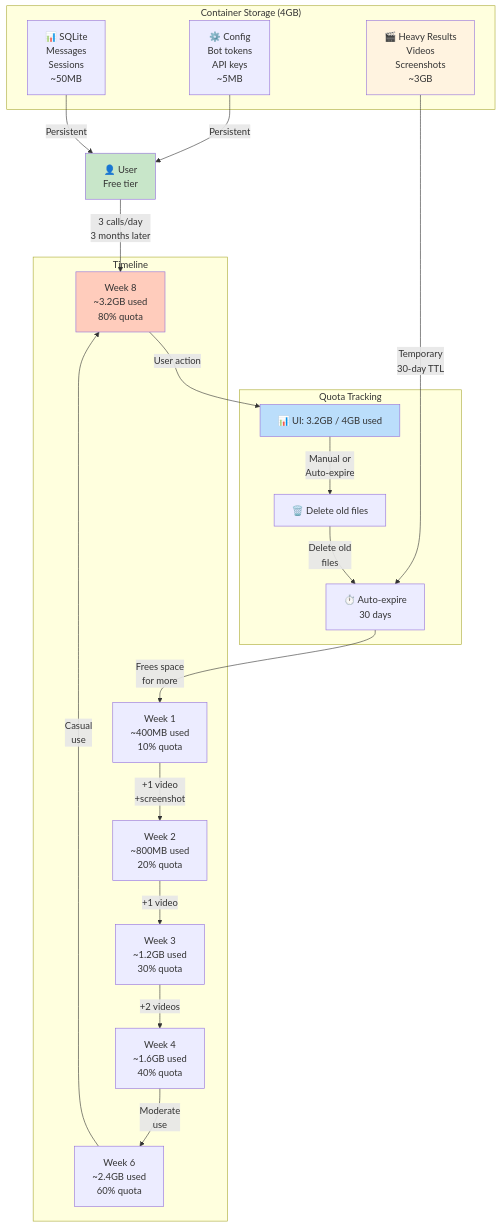
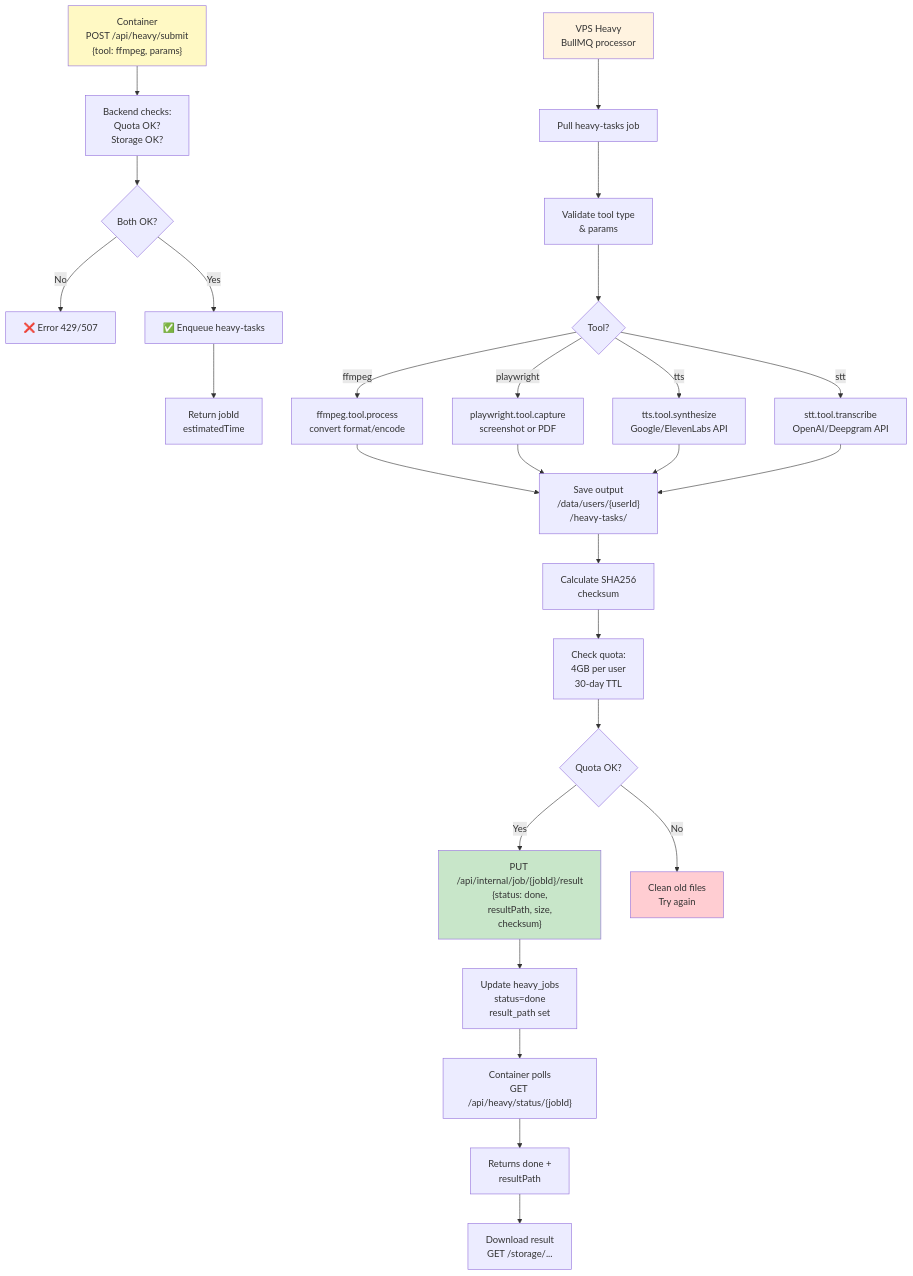
The fifth of 14 diagrams in ARCHITECTURE_DIAGRAMS.md (mankhb2k/claw-dashboard), drawn with Mermaid before and after one commit. The commit also changed other lines of this file and 30 other files, not shown here.

Commit message:
add vps-worker and vps-heavy

````diff
--- a/ARCHITECTURE_DIAGRAMS.md
+++ b/ARCHITECTURE_DIAGRAMS.md
@@ -241,47 +202,47 @@
 ```mermaid
-graph TB
-    User["👤 User<br/>Free tier"]
+flowchart TD
+    A["Container<br/>POST /api/heavy/submit<br/>{tool: ffmpeg, params}"] --> B["Backend checks:<br/>Quota OK?<br/>Storage OK?"]
     
-    subgraph "Container Storage (4GB)"
-        SQLite["📊 SQLite<br/>Messages<br/>Sessions<br/>~50MB"]
-        Config["⚙️ Config<br/>Bot tokens<br/>API keys<br/>~5MB"]
-        HeavyResults["🎬 Heavy Results<br/>Videos<br/>Screenshots<br/>~3GB"]
-    end
+    B --> C{Both OK?}
+    C -->|No| D["❌ Error 429/507"]
+    C -->|Yes| E["✅ Enqueue heavy-tasks"]
     
-    subgraph "Quota Tracking"
-        QuotaUI["📊 UI: 3.2GB / 4GB used"]
-        DeleteBtn["🗑️ Delete old files"]
-        Storage["⏱️ Auto-expire<br/>30 days"]
-    end
+    E --> F["Return jobId<br/>estimatedTime"]
     
-    subgraph "Timeline"
-        Week1["Week 1<br/>~400MB used<br/>10% quota"]
-        Week2["Week 2<br/>~800MB used<br/>20% quota"]
-        Week3["Week 3<br/>~1.2GB used<br/>30% quota"]
-        Week4["Week 4<br/>~1.6GB used<br/>40% quota"]
-        Week6["Week 6<br/>~2.4GB used<br/>60% quota"]
-        Week8["Week 8<br/>~3.2GB used<br/>80% quota"]
-    end
+    G["VPS Heavy<br/>BullMQ processor"] --> H["Pull heavy-tasks job"]
+    H --> I["Validate tool type<br/>& params"]
     
-    User -->|3 calls/day<br/>3 months later| Week8
+    I --> J{Tool?}
     
-    Week1 -->|+1 video<br/>+screenshot| Week2
-    Week2 -->|+1 video| Week3
-    Week3 -->|+2 videos| Week4
-    Week4 -->|Moderate<br/>use| Week6
-    Week6 -->|Casual<br/>use| Week8
+    J -->|ffmpeg| K["ffmpeg.tool.process<br/>convert format/encode"]
+    J -->|playwright| L["playwright.tool.capture<br/>screenshot or PDF"]
+    J -->|tts| M["tts.tool.synthesize<br/>Google/ElevenLabs API"]
+    J -->|stt| N["stt.tool.transcribe<br/>OpenAI/Deepgram API"]
     
-    Week8 -->|User action| QuotaUI
-    QuotaUI -->|Manual or<br/>Auto-expire| DeleteBtn
-    DeleteBtn -->|Delete old<br/>files| Storage
-    Storage -->|Frees space<br/>for more| Week1
+    K --> O["Save output<br/>/data/users/{userId}<br/>/heavy-tasks/"]
+    L --> O
+    M --> O
+    N --> O
     
-    SQLite -->|Persistent| User
-    Config -->|Persistent| User
-    HeavyResults -->|Temporary<br/>30-day TTL| Storage
+    O --> P["Calculate SHA256<br/>checksum"]
     
-    style User fill:#c8e6c9
-    style HeavyResults fill:#fff3e0
-    style QuotaUI fill:#bbdefb
-    style Week8 fill:#ffccbc
+    P --> Q["Check quota:<br/>4GB per user<br/>30-day TTL"]
+    
+    Q --> R{Quota OK?}
+    
+    R -->|Yes| S["PUT /api/internal/job/{jobId}/result<br/>{status: done,<br/>resultPath, size,<br/>checksum}"]
+    
+    R -->|No| T["Clean old files<br/>Try again"]
+    
+    S --> U["Update heavy_jobs<br/>status=done<br/>result_path set"]
+    
+    U --> V["Container polls<br/>GET /api/heavy/status/{jobId}"]
+    V --> W["Returns done +<br/>resultPath"]
+    
+    W --> X["Download result<br/>GET /storage/..."]
+    
+    style A fill:#fff9c4
+    style G fill:#fff3e0
+    style S fill:#c8e6c9
+    style T fill:#ffcdd2
 ```
````
